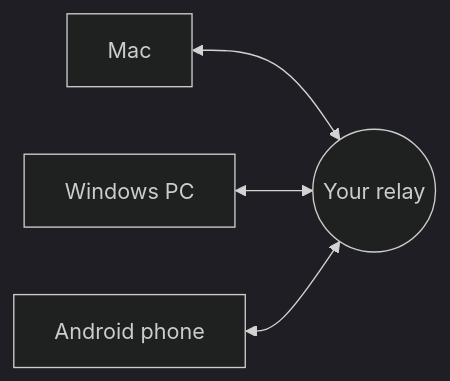
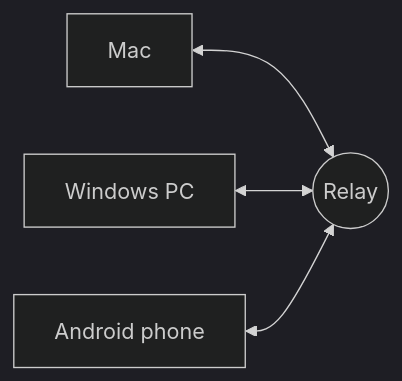
The diagram in README.md (iyazerski/clipsync), drawn with Mermaid (dark theme) before and after one commit. The commit also changed other lines of this file and 11 other files, not shown here.

````diff
--- a/README.md
+++ b/README.md
@@ -39,6 +39,6 @@
 ```mermaid
 flowchart LR
-    mac["Mac"] <--> relay(("Your relay"))
+    mac["Mac"] <--> relay(("Relay"))
     pc["Windows PC"] <--> relay
     phone["Android phone"] <--> relay
 ```
````
